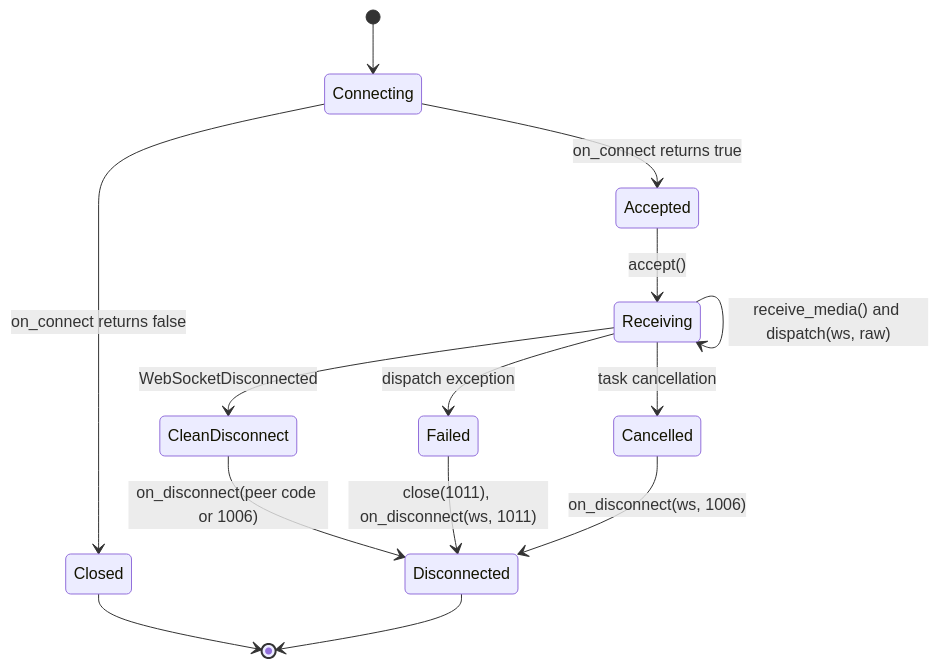
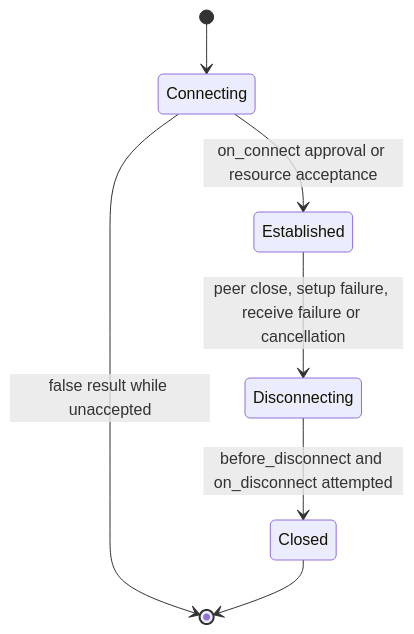
The first of 20 diagrams in docs/falcon-websocket-extension-design.md (leynos/falcon-pachinko), drawn with Mermaid before and after one commit. The commit also changed other lines of this file and 5 other files, not shown here.

First line of the commit message:
Harden WebSocket session harness teardown (#177)

````diff
--- a/docs/falcon-websocket-extension-design.md
+++ b/docs/falcon-websocket-extension-design.md
@@ -73,24 +76,16 @@
 ```mermaid
 stateDiagram-v2
     accTitle: WebSocket session state transitions
     accDescr {
-        The opted-in session starts while the router runs on_connect. A false
-        result closes the session; a true result leads to acceptance and a
-        persistent receive and dispatch loop. Disconnect, failure or
-        cancellation leads to cleanup and then the disconnected state.
+        Approval or resource-owned acceptance promises cleanup. An unaccepted
+        rejection returns without cleanup. Peer closure, failure or
+        cancellation moves the established session through one cleanup phase.
     }
 
     [*] --> Connecting
-    Connecting --> Accepted: on_connect returns true
-    Connecting --> Closed: on_connect returns false
-    Accepted --> Receiving: accept()
-    Receiving --> Receiving: receive_media() and dispatch(ws, raw)
-    Receiving --> CleanDisconnect: WebSocketDisconnected
-    Receiving --> Failed: dispatch exception
-    Receiving --> Cancelled: task cancellation
-    CleanDisconnect --> Disconnected: on_disconnect(peer code or 1006)
-    Failed --> Disconnected: close(1011), on_disconnect(ws, 1011)
-    Cancelled --> Disconnected: on_disconnect(ws, 1006)
+    Connecting --> Established: on_connect approval or resource acceptance
+    Connecting --> [*]: false result while unaccepted
+    Established --> Disconnecting: peer close, setup failure, receive failure or cancellation
+    Disconnecting --> Closed: before_disconnect and on_disconnect attempted
     Closed --> [*]
-    Disconnected --> [*]
 ```
````
